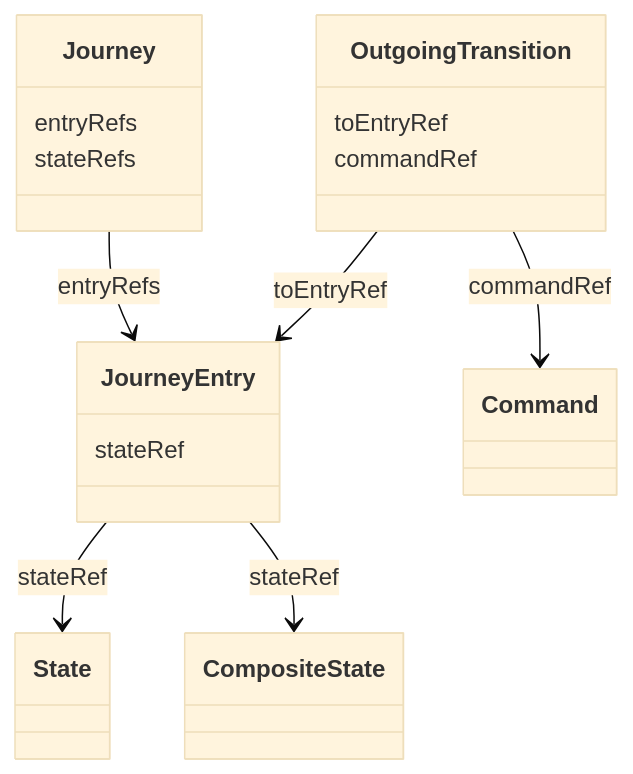
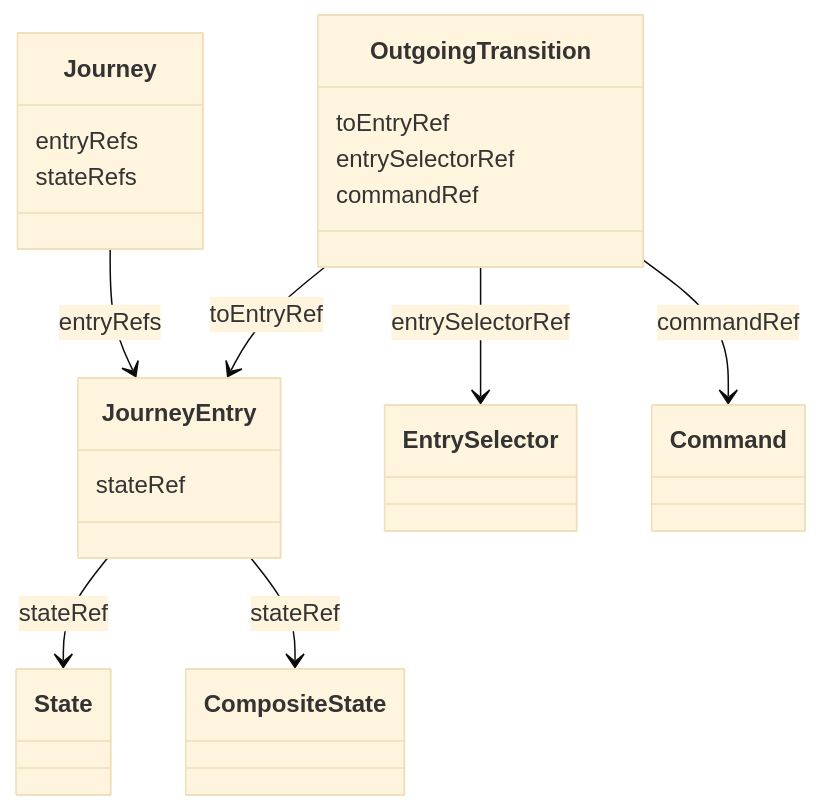
One commit to openuji/spec-ujg changed the sixth of 15 diagrams in specs/ed/graph/index.md. Above: the diagram before and after it, drawn with Mermaid (base theme). The commit also changed other lines of this file and 27 other files, not shown here.

````diff
--- a/specs/ed/graph/index.md
+++ b/specs/ed/graph/index.md
@@ -395,23 +404,26 @@
 ```mermaid
 classDiagram
   class OutgoingTransition {
     toEntryRef
+    entrySelectorRef
     commandRef
   }
   class Journey {
     entryRefs
     stateRefs
   }
   class JourneyEntry {
     stateRef
   }
+  class EntrySelector
   class State
   class CompositeState
   class Command
 
   OutgoingTransition --> JourneyEntry : toEntryRef
+  OutgoingTransition --> EntrySelector : entrySelectorRef
   Journey --> JourneyEntry : entryRefs
   JourneyEntry --> State : stateRef
   JourneyEntry --> CompositeState : stateRef
   OutgoingTransition --> Command : commandRef
 ```
````
